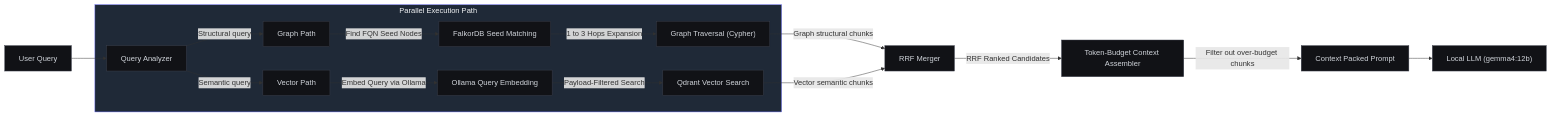
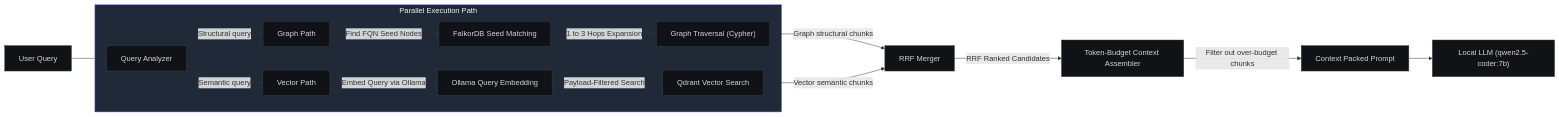
The third of 3 diagrams in docs/architecture.md (trantienduat/hybrid-RAG), drawn with Mermaid before and after one commit. The commit also changed other lines of this file and 3 other files, not shown here.

Commit message:
docs/eval: update remaining gemma4:12b references to qwen2.5-coder:7b

````diff
--- a/docs/architecture.md
+++ b/docs/architecture.md
@@ -140,28 +140,28 @@
 ```mermaid
 graph LR
     %% Styling
     classDef default fill:#111216,stroke:#3b3f4c,stroke-width:1px,color:#d1d5db;
     classDef pipeline fill:#1f2937,stroke:#6366f1,stroke-width:1px,color:#f3f4f6;
 
     Query["User Query"] --> Analyzer["Query Analyzer"]
     
     subgraph ParallelPath ["Parallel Execution Path"]
         Analyzer --> |Structural query| GraphPath["Graph Path"]
         Analyzer --> |Semantic query| VectorPath["Vector Path"]
         
         GraphPath --> |Find FQN Seed Nodes| SeedSearch["FalkorDB Seed Matching"]
         SeedSearch --> |1 to 3 Hops Expansion| GraphTraversal["Graph Traversal (Cypher)"]
         
         VectorPath --> |Embed Query via Ollama| QueryEmbed["Ollama Query Embedding"]
         QueryEmbed --> |Payload-Filtered Search| VectorSearch["Qdrant Vector Search"]
     end
     
     GraphTraversal --> |Graph structural chunks| RRF["RRF Merger"]
     VectorSearch --> |Vector semantic chunks| RRF
     
     RRF --> |RRF Ranked Candidates| BudgetAssembler["Token-Budget Context Assembler"]
     BudgetAssembler --> |Filter out over-budget chunks| PackedContext["Context Packed Prompt"]
-    PackedContext --> LLM["Local LLM (gemma4:12b)"]
+    PackedContext --> LLM["Local LLM (qwen2.5-coder:7b)"]
 
     class ParallelPath pipeline;
 ```
````
